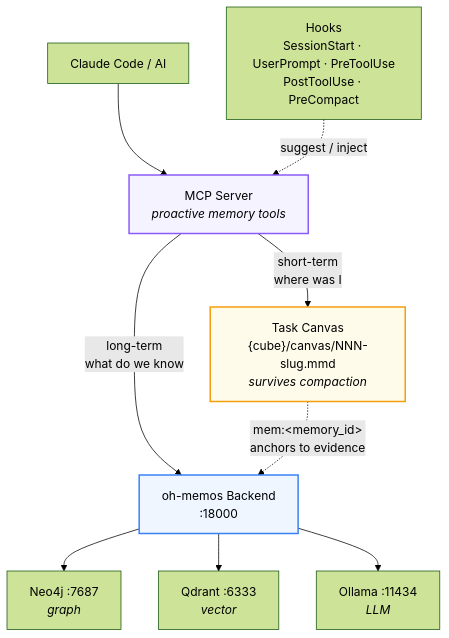
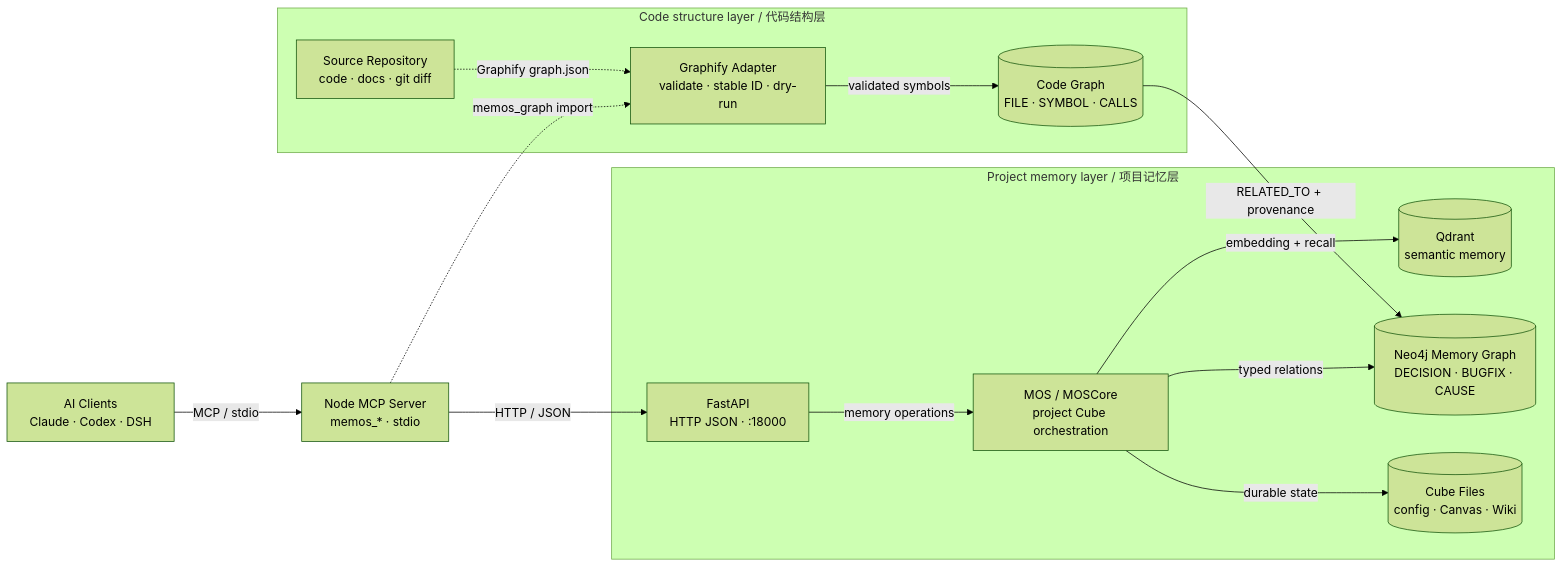
The diagram in README.md (1466109846/oh-memos), drawn with Mermaid (forest theme) before and after one commit. The commit also changed other lines of this file and 138 other files, not shown here.

````diff
--- a/README.md
+++ b/README.md
@@ -310,22 +162,31 @@
 ```mermaid
-flowchart TB
-    AI["Claude Code / AI"]
-    HK["Hooks<br/>SessionStart · UserPrompt · PreToolUse<br/>PostToolUse · PreCompact"]
-    MCP["MCP Server<br/><i>proactive memory tools</i>"]
+flowchart LR
+    CLIENT["AI Clients<br/>Claude · Codex · DSH"]
+    MCP["Node MCP Server<br/>memos_* · stdio"]
 
-    AI --> MCP
-    HK -.->|"suggest / inject"| MCP
+    subgraph CODE_LAYER["Code structure layer / 代码结构层"]
+        REPO["Source Repository<br/>code · docs · git diff"]
+        ADAPTER["Graphify Adapter<br/>validate · stable ID · dry-run"]
+        CODE_GRAPH[("Code Graph<br/>FILE · SYMBOL · CALLS")]
+    end
 
-    MCP -->|"long-term<br/>what do we know"| API["oh-memos Backend<br/>:18000"]
-    MCP -->|"short-term<br/>where was I"| CV["Task Canvas<br/>{cube}/canvas/NNN-slug.mmd<br/><i>survives compaction</i>"]
+    subgraph MEMORY_LAYER["Project memory layer / 项目记忆层"]
+        API["FastAPI<br/>HTTP JSON · :18000"]
+        CORE["MOS / MOSCore<br/>project Cube orchestration"]
+        QDRANT[("Qdrant<br/>semantic memory")]
+        MEMORY_GRAPH[("Neo4j Memory Graph<br/>DECISION · BUGFIX · CAUSE")]
+        FILES[("Cube Files<br/>config · Canvas · Wiki")]
+    end
 
-    API --> NEO["Neo4j :7687<br/><i>graph</i>"]
-    API --> QD["Qdrant :6333<br/><i>vector</i>"]
-    API --> OL["Ollama :11434<br/><i>LLM</i>"]
+    CLIENT -->|"MCP / stdio"| MCP
+    MCP -->|"HTTP / JSON"| API
+    API -->|"memory operations"| CORE
+    CORE -->|"embedding + recall"| QDRANT
+    CORE -->|"typed relations"| MEMORY_GRAPH
+    CORE -->|"durable state"| FILES
 
-    CV -.->|"mem:&lt;memory_id&gt;<br/>anchors to evidence"| API
-
-    style CV fill:#fffbeb,stroke:#f59e0b,stroke-width:2px
-    style API fill:#eff6ff,stroke:#3b82f6,stroke-width:2px
-    style MCP fill:#f5f3ff,stroke:#8b5cf6,stroke-width:2px
+    REPO -. "Graphify graph.json" .-> ADAPTER
+    MCP -. "memos_graph import" .-> ADAPTER
+    ADAPTER -->|"validated symbols"| CODE_GRAPH
+    CODE_GRAPH -->|"RELATED_TO + provenance"| MEMORY_GRAPH
 ```
````
